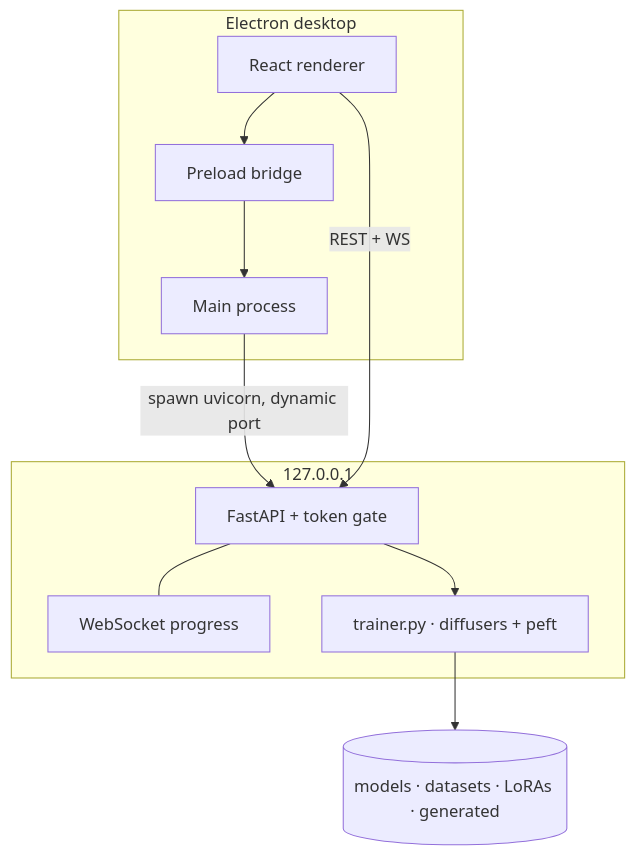
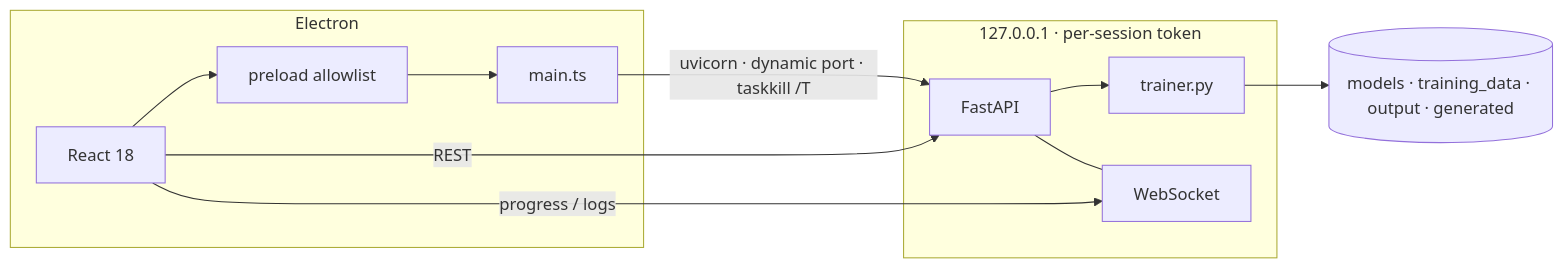
The diagram in README.md (NIHILcoder/LoraTraining), drawn with Mermaid before and after one commit. The commit also changed other lines of this file and 2 other files, not shown here.

````diff
--- a/README.md
+++ b/README.md
@@ -200,21 +214,22 @@
 ```mermaid
-flowchart TB
-  subgraph desktop [Electron desktop]
-    Main[Main process]
-    UI[React renderer]
-    Preload[Preload bridge]
+flowchart LR
+  subgraph electron [Electron]
+    Main[main.ts]
+    Preload[preload allowlist]
+    UI[React 18]
     UI --> Preload --> Main
   end
 
-  subgraph local [127.0.0.1]
-    API[FastAPI + token gate]
-    WS[WebSocket progress]
-    Train[trainer.py · diffusers + peft]
-    API --> Train
+  subgraph host ["127.0.0.1 · per-session token"]
+    API[FastAPI]
+    WS[WebSocket]
+    T[trainer.py]
+    API --> T
     API --- WS
   end
 
-  Main -->|spawn uvicorn, dynamic port| API
-  UI -->|REST + WS| API
-  Train --> Disk[(models · datasets · LoRAs · generated)]
+  Main -->|uvicorn · dynamic port · taskkill /T| API
+  UI -->|REST| API
+  UI -->|progress / logs| WS
+  T --> FS[(models · training_data · output · generated)]
 ```
````
